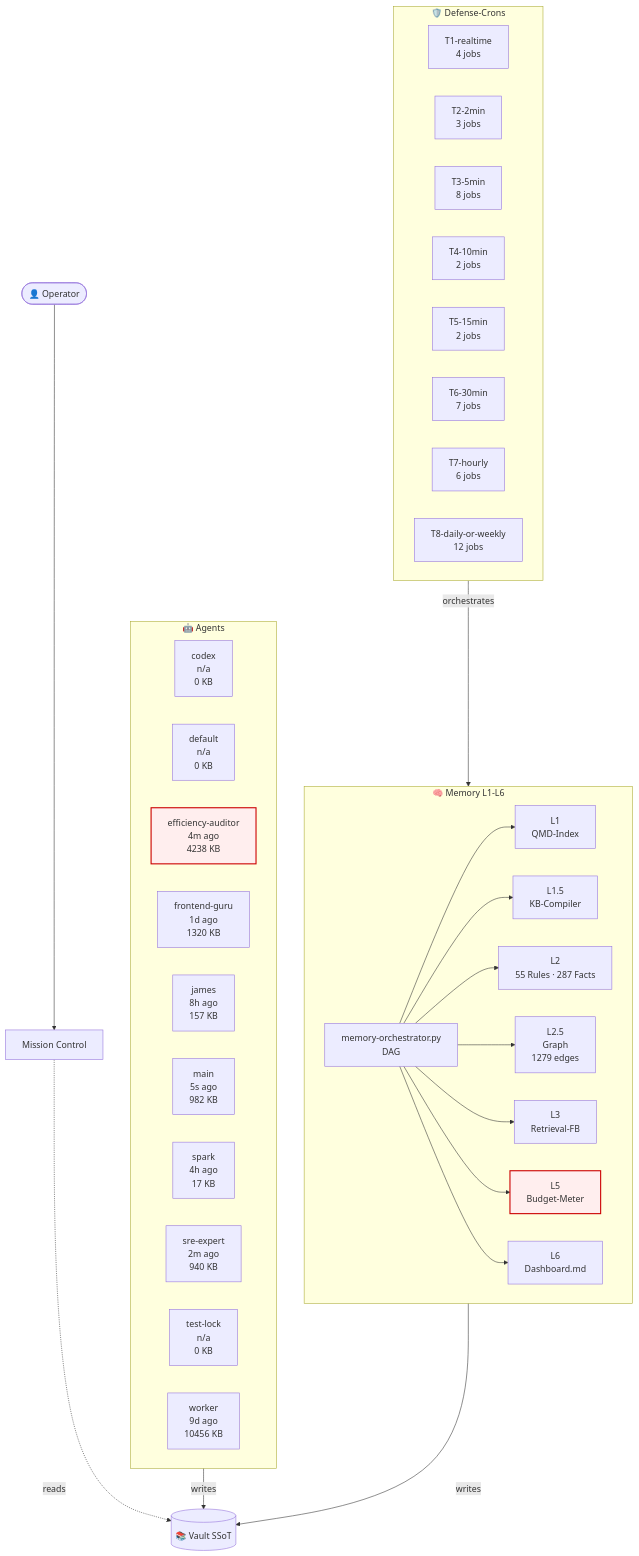
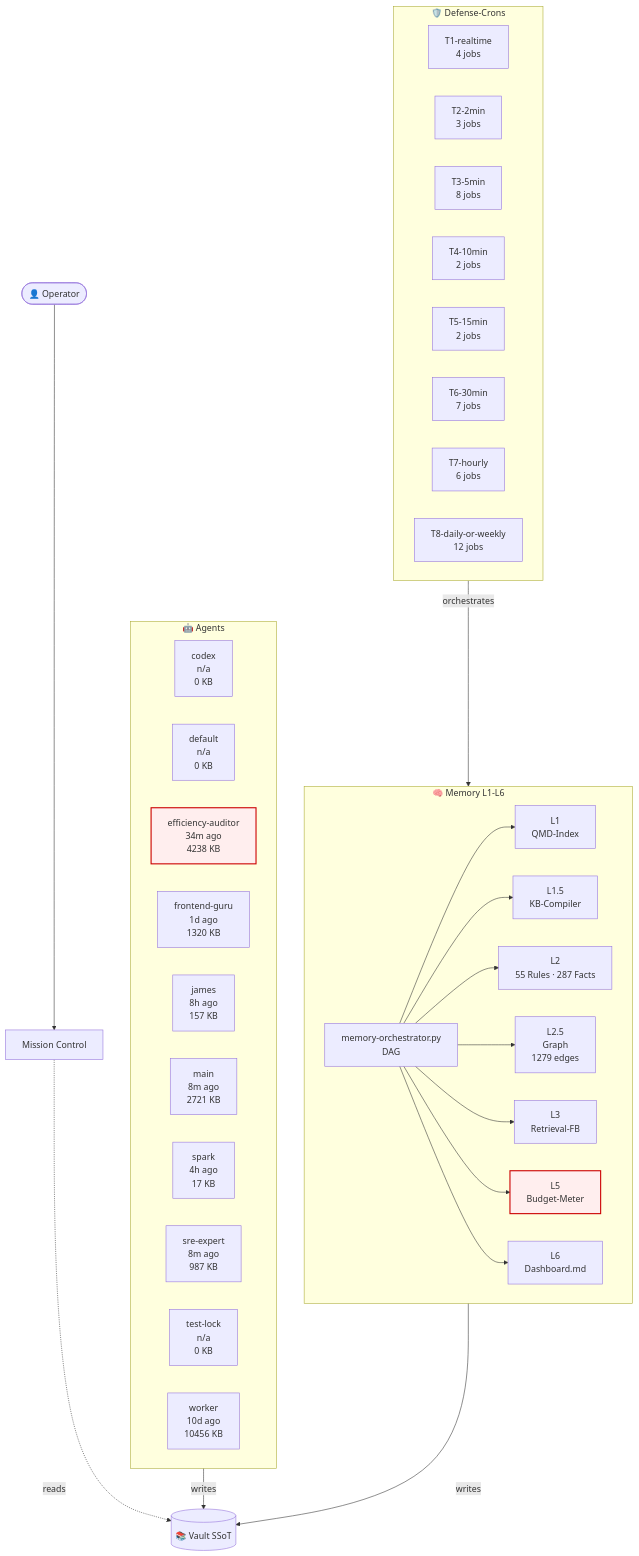
The diagram in 03-Agents/architecture-live.md (lenardhuebner88-rgb/openclaw-memory), drawn with Mermaid before and after one commit. The commit also changed other lines of this file and 7 other files, not shown here.

````diff
--- a/03-Agents/architecture-live.md
+++ b/03-Agents/architecture-live.md
@@ -18,53 +18,53 @@
 ```mermaid
 flowchart TB
     classDef critical fill:#fee,stroke:#c00,stroke-width:2px;
     subgraph AGT["🤖 Agents"]
         agent_codex["codex<br/>n/a<br/>0 KB"]
         agent_default["default<br/>n/a<br/>0 KB"]
-        agent_efficiency_auditor["efficiency-auditor<br/>4m ago<br/>4238 KB"]
+        agent_efficiency_auditor["efficiency-auditor<br/>34m ago<br/>4238 KB"]
         agent_frontend_guru["frontend-guru<br/>1d ago<br/>1320 KB"]
         agent_james["james<br/>8h ago<br/>157 KB"]
-        agent_main["main<br/>5s ago<br/>982 KB"]
+        agent_main["main<br/>8m ago<br/>2721 KB"]
         agent_spark["spark<br/>4h ago<br/>17 KB"]
-        agent_sre_expert["sre-expert<br/>2m ago<br/>940 KB"]
+        agent_sre_expert["sre-expert<br/>8m ago<br/>987 KB"]
         agent_test_lock["test-lock<br/>n/a<br/>0 KB"]
-        agent_worker["worker<br/>9d ago<br/>10456 KB"]
+        agent_worker["worker<br/>10d ago<br/>10456 KB"]
     end
     subgraph MEM["🧠 Memory L1-L6"]
         L1["L1<br/>QMD-Index"]
         L15["L1.5<br/>KB-Compiler"]
         L2["L2<br/>55 Rules · 287 Facts"]
         L25["L2.5<br/>Graph<br/>1279 edges"]
         L3["L3<br/>Retrieval-FB"]
         L5["L5<br/>Budget-Meter"]
         L6["L6<br/>Dashboard.md"]
         ORCH["memory-orchestrator.py<br/>DAG"]
     end
     subgraph CRN["🛡️ Defense-Crons"]
         tier_T1_realtime["T1-realtime<br/>4 jobs"]
         tier_T2_2min["T2-2min<br/>3 jobs"]
         tier_T3_5min["T3-5min<br/>8 jobs"]
         tier_T4_10min["T4-10min<br/>2 jobs"]
         tier_T5_15min["T5-15min<br/>2 jobs"]
         tier_T6_30min["T6-30min<br/>7 jobs"]
         tier_T7_hourly["T7-hourly<br/>6 jobs"]
         tier_T8_daily_or_weekly["T8-daily-or-weekly<br/>12 jobs"]
     end
     VAULT[("📚 Vault SSoT")]
     OP([👤 Operator])
     MC["Mission Control"]
     OP --> MC
     MC -.reads.-> VAULT
     AGT -->|writes| VAULT
     MEM -->|writes| VAULT
     ORCH --> L1
     ORCH --> L15
     ORCH --> L2
     ORCH --> L25
     ORCH --> L3
     ORCH --> L5
     ORCH --> L6
     CRN -->|orchestrates| MEM
     class L5 critical
     class agent_efficiency_auditor critical
 ```
````
